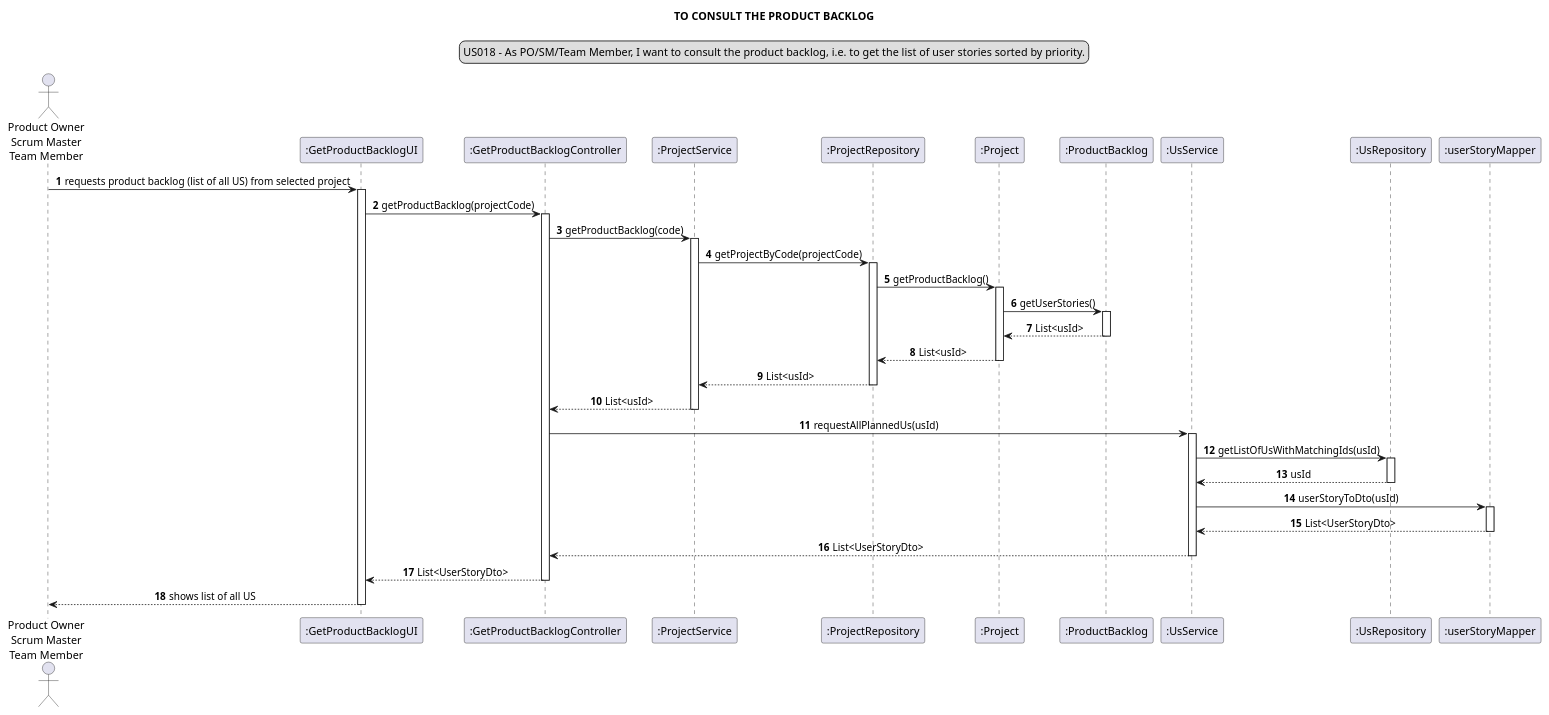
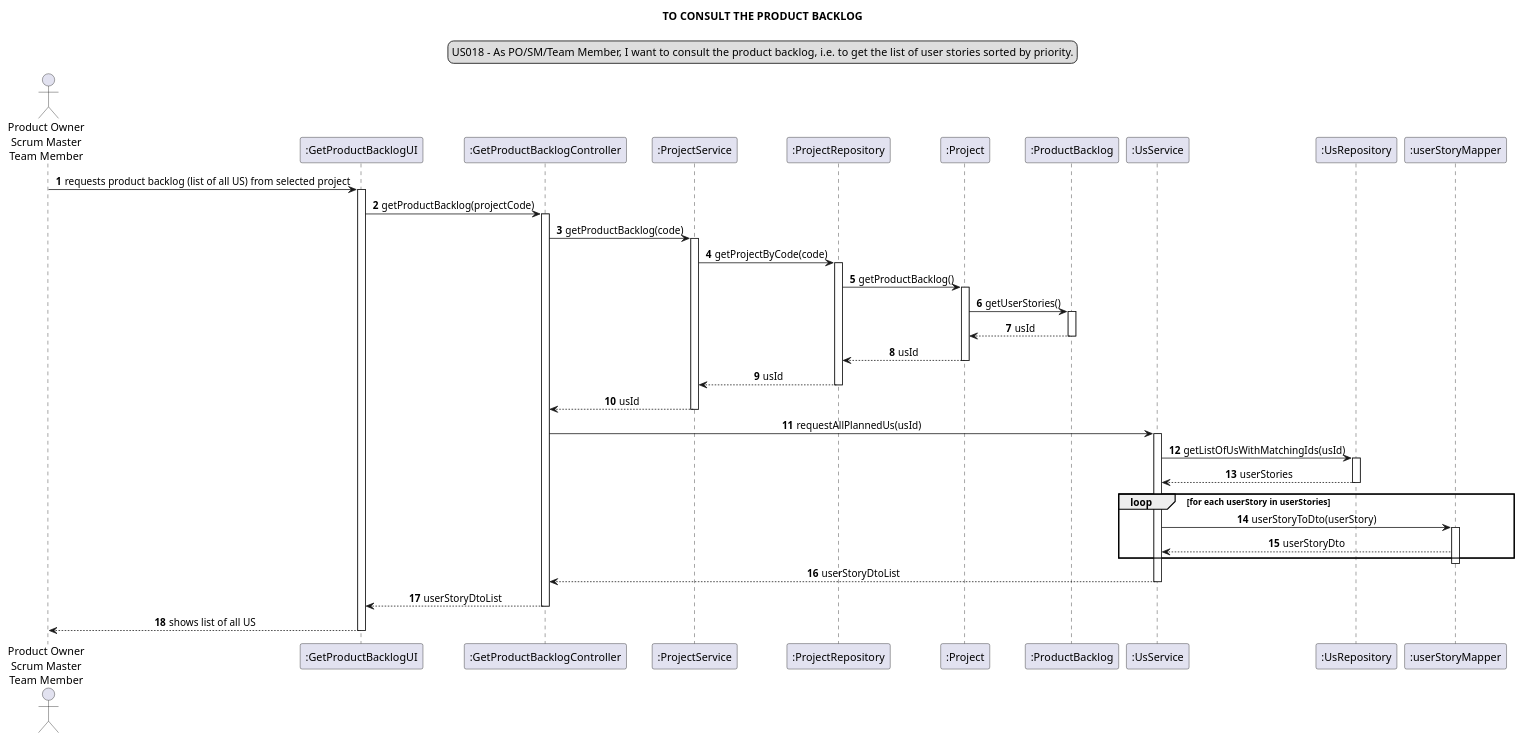
One commit to Loracline/project_switch_22-23 changed the diagram in docs/modelling_design/user_stories/sprint03/us018/US018_sequenceDiagram.puml. Above: the diagram before and after it, drawn with PlantUML.

Commit message:
US018: Design: Refactoring of Sequence Diagram, addresses #210

```diff
--- a/docs/modelling_design/user_stories/sprint03/us018/US018_sequenceDiagram.puml
+++ b/docs/modelling_design/user_stories/sprint03/us018/US018_sequenceDiagram.puml
@@ -1,59 +1,62 @@
 @startuml
 skinparam sequenceMessageAlign center
 title TO CONSULT THE PRODUCT BACKLOG
 legend top
 US018 - As PO/SM/Team Member, I want to consult the product backlog, i.e. to get the list of user stories sorted by priority.
 end legend
 autonumber
 
 actor "Product Owner\nScrum Master\nTeam Member" as actor
 participant ":GetProductBacklogUI" as ui
 participant ":GetProductBacklogController" as controller
 participant ":ProjectService" as pservice
 participant ":ProjectRepository" as prepo
 participant ":Project" as project
 participant ":ProductBacklog" as backlog
 participant ":UsService" as uservice
 participant ":UsRepository" as usrep
 participant ":userStoryMapper" as usmapper
 
 
 
 actor -> ui: requests product backlog (list of all US) from selected project
 activate ui
 ui -> controller: getProductBacklog(projectCode)
 activate controller
 controller -> pservice: getProductBacklog(code)
 activate pservice
-pservice -> prepo: getProjectByCode(projectCode)
+pservice -> prepo: getProjectByCode(code)
 activate prepo
 prepo -> project: getProductBacklog()
 activate project
 project -> backlog: getUserStories()
 activate backlog
-backlog --> project: List<usId>
+backlog --> project: usId
 deactivate backlog
-project --> prepo: List<usId>
+project --> prepo: usId
 deactivate project
-prepo --> pservice: List<usId>
+prepo --> pservice: usId
 deactivate prepo
-pservice --> controller: List<usId>
+pservice --> controller: usId
 deactivate pservice
 controller -> uservice : requestAllPlannedUs(usId)
 activate uservice
 uservice -> usrep : getListOfUsWithMatchingIds(usId)
 activate usrep
-usrep --> uservice : usId
+usrep --> uservice : userStories
 deactivate usrep
-uservice -> usmapper:  userStoryToDto(usId)
+loop for each userStory in userStories
+uservice -> usmapper:  userStoryToDto(userStory)
 activate usmapper
-usmapper --> uservice : List<UserStoryDto>
+usmapper --> uservice : userStoryDto
+
+end loop
 deactivate usmapper
-uservice --> controller: List<UserStoryDto>
+uservice --> controller: userStoryDtoList
 deactivate uservice
-controller --> ui : List<UserStoryDto>
+controller --> ui : userStoryDtoList
 deactivate controller
 
 ui --> actor: shows list of all US
 deactivate ui
 @enduml
```
